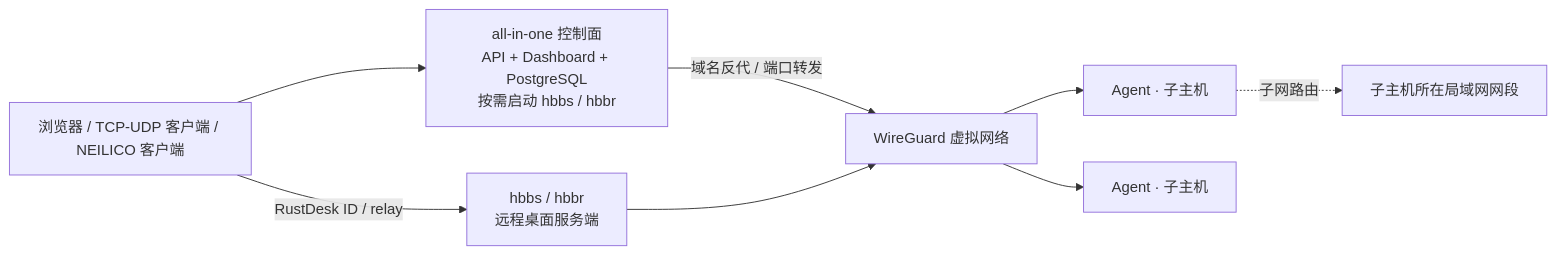
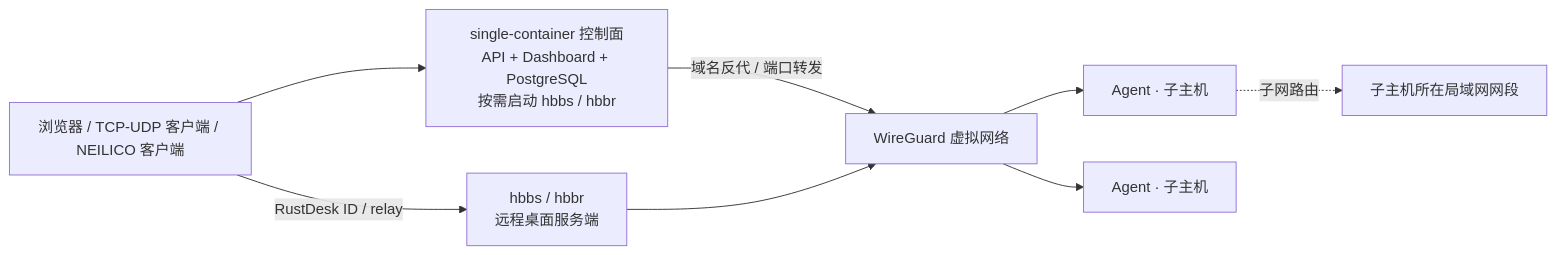
The diagram in README.zh-CN.md (aceneil/neilico), drawn with Mermaid before and after one commit. The commit also changed other lines of this file and 16 other files, not shown here.

First line of the commit message:
refactor: rename the all-in-one image and directory to server

````diff
--- a/README.zh-CN.md
+++ b/README.zh-CN.md
@@ -36,10 +36,10 @@
 ```mermaid
 flowchart LR
-  U[浏览器 / TCP-UDP 客户端 / NEILICO 客户端] --> C[all-in-one 控制面<br/>API + Dashboard + PostgreSQL<br/>按需启动 hbbs / hbbr]
+  U[浏览器 / TCP-UDP 客户端 / NEILICO 客户端] --> C[single-container 控制面<br/>API + Dashboard + PostgreSQL<br/>按需启动 hbbs / hbbr]
   C -->|域名反代 / 端口转发| W[WireGuard 虚拟网络]
   W --> A1[Agent · 子主机]
   W --> A2[Agent · 子主机]
   A1 -.子网路由.-> L1[子主机所在局域网网段]
   U -->|RustDesk ID / relay| R[hbbs / hbbr<br/>远程桌面服务端]
   R --> W
 ```
````
